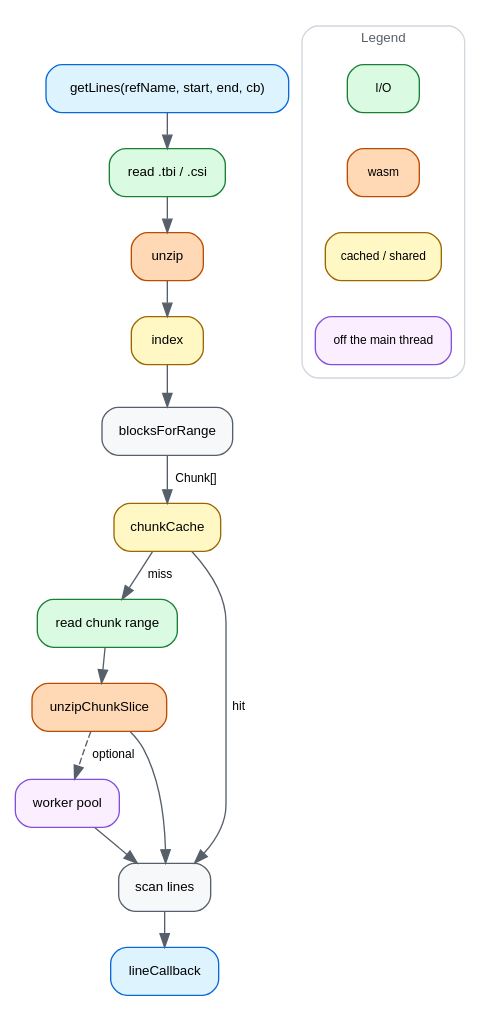
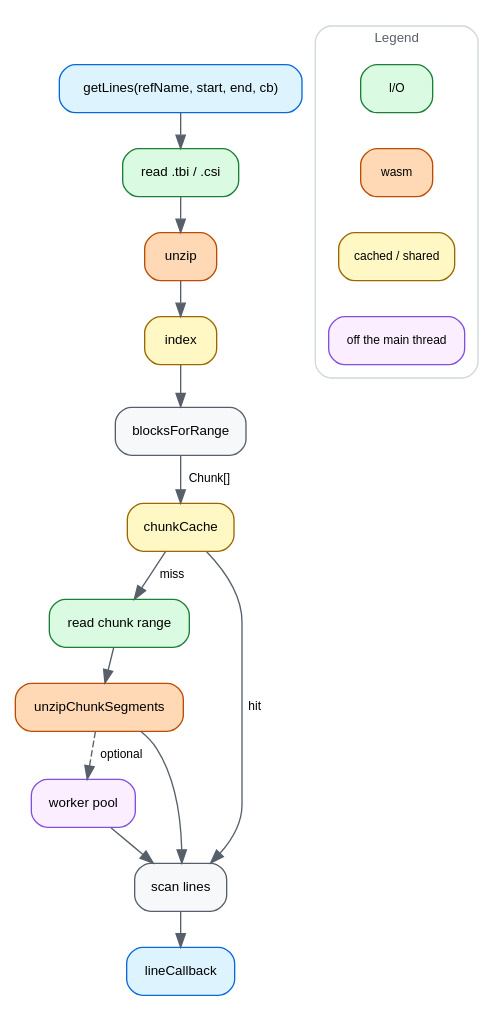
Before and after one commit to GMOD/tabix-js: the diagram in docs/img/dataflow.dot, drawn with Graphviz. The commit also changed 7 other files, not shown here.

```diff
--- a/docs/img/dataflow.dot
+++ b/docs/img/dataflow.dot
@@ -1,71 +1,71 @@
 // Source for docs/img/dataflow.svg, which docs/dataflow.md embeds.
 // Regenerate with: dot -Tsvg docs/img/dataflow.dot -o docs/img/dataflow.svg
 //
 // Deliberately the MAIN PATH only — the header reads, the read-ahead window and
 // the plain-gzip fallback are described in dataflow.md instead. A diagram that
 // shows every branch stops being the thing you look at first.
 //
 // SYNC: ~/src/gmod/bam-js/docs/img/dataflow.dot — same palette, legend and
 // spine. ~/src/gmod/cram-js/docs/img/dataflow.dot shares them too, and draws
 // its pool as a cluster rather than a node because there the unit that moves
 // is a whole slice, not just the decompression.
 // ~/src/gmod/hic/docs/img/dataflow.dot keeps the palette and spine but carries
 // a two-entry legend: its inflate is pako in JS rather than wasm, and it has no
 // worker pool, so those two entries are absent there rather than restyled. Its
 // clusters are a third use of the mark again — the two chains a region pair
 // runs concurrently.
 // ~/src/gmod/gbz-base-js/docs/img/dataflow.dot is the fifth, and drops two
 // legend entries rather than restyling them: nothing there is wasm and nothing
 // leaves the main thread. Its cluster is the storage layer every I/O step reads
 // through, drawn connected to nothing — the edges to it buried the spine.
 digraph tabixjs {
   rankdir=TB
   bgcolor="white"
   nodesep=0.3
   ranksep=0.36
   node [shape=box style="filled,rounded" fillcolor="#f6f8fa" color="#57606a"
         fontname="Helvetica" fontsize=10 margin="0.14,0.07"]
   edge [color="#57606a" fontname="Helvetica" fontsize=9]
 
   query   [label="getLines(refName, start, end, cb)" fillcolor="#ddf4ff" color="#0969da"]
   readidx [label="read .tbi / .csi" fillcolor="#dafbe1" color="#1a7f37"]
   unzip   [label="unzip" fillcolor="#ffd8b5" color="#bc4c00"]
   index   [label="index" fillcolor="#fff8c5" color="#9a6700"]
   blocks  [label="blocksForRange"]
   cache   [label="chunkCache" fillcolor="#fff8c5" color="#9a6700"]
   readchk [label="read chunk range" fillcolor="#dafbe1" color="#1a7f37"]
-  slice   [label="unzipChunkSlice" fillcolor="#ffd8b5" color="#bc4c00"]
+  slice   [label="unzipChunkSegments" fillcolor="#ffd8b5" color="#bc4c00"]
   pool    [label="worker pool" fillcolor="#fbefff" color="#8250df"]
   scan    [label="scan lines"]
   out     [label="lineCallback" fillcolor="#ddf4ff" color="#0969da"]
 
   query -> readidx
   readidx -> unzip
   unzip -> index
   index -> blocks
   blocks -> cache [label=" Chunk[] "]
   cache -> readchk [label=" miss "]
   readchk -> slice
   slice -> pool [style=dashed label=" optional "]
   slice -> scan
   pool -> scan
   cache -> scan [label=" hit "]
   scan -> out
 
   subgraph cluster_legend {
     label="Legend"
     labelloc="t"
     fontname="Helvetica"
     fontsize=10
     fontcolor="#57606a"
     color="#d0d7de"
     style="rounded"
     margin=10
     node [shape=box style="filled,rounded" fontsize=9 margin="0.1,0.04"]
     l1 [label="I/O" fillcolor="#dafbe1" color="#1a7f37"]
     l2 [label="wasm" fillcolor="#ffd8b5" color="#bc4c00"]
     l3 [label="cached / shared" fillcolor="#fff8c5" color="#9a6700"]
     l4 [label="off the main thread" fillcolor="#fbefff" color="#8250df"]
     l1 -> l2 -> l3 -> l4 [style=invis]
   }
 }
```
